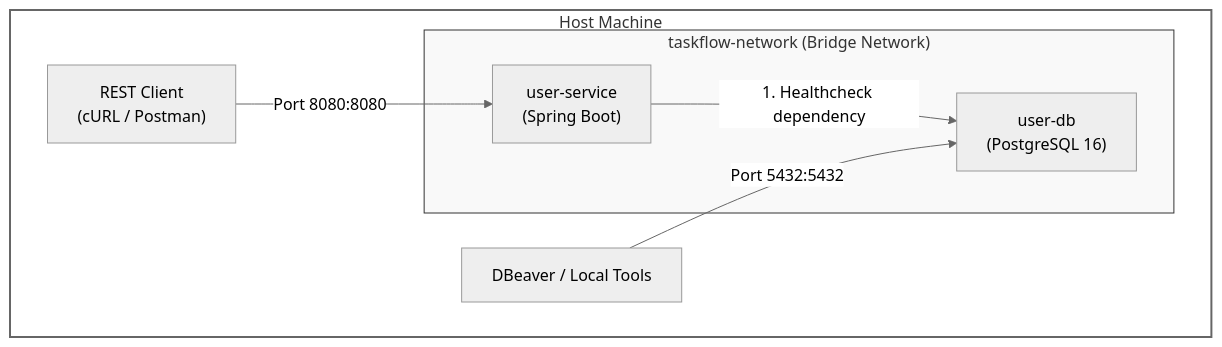
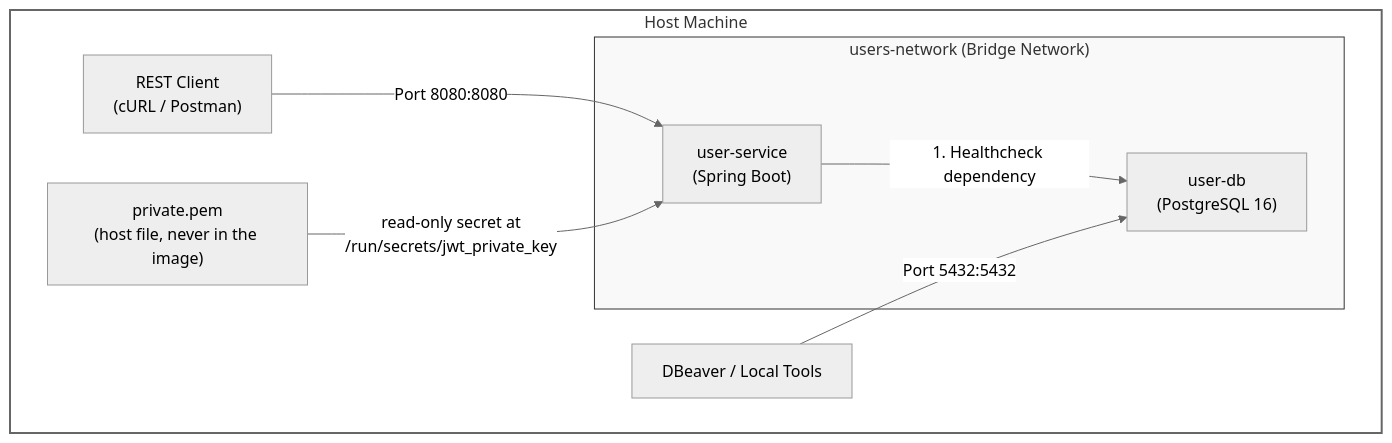
One commit to ensanguine2279/sctp-aie-m4-assignment-api-users changed the diagram in README-docker-compose.md. Above: the diagram before and after it, drawn with Mermaid (neutral theme). The commit also changed other lines of this file and 22 other files, not shown here.

````diff
--- a/README-docker-compose.md
+++ b/README-docker-compose.md
@@ -9,19 +9,21 @@
 ```mermaid
 graph TD
     subgraph Host ["Host Machine"]
-        subgraph Bridge ["taskflow-network (Bridge Network)"]
+        subgraph Bridge ["users-network (Bridge Network)"]
             DB["user-db<br/>(PostgreSQL 16)"]
             APP["user-service<br/>(Spring Boot)"]
         end
 
         DB_TOOL["DBeaver / Local Tools"]
         REST_TOOL["REST Client<br/>(cURL / Postman)"]
+        KEY["private.pem<br/>(host file, never in the image)"]
     end
 
     APP -- "1. Healthcheck dependency" --> DB
     DB_TOOL -- "Port 5432:5432" --> DB
     REST_TOOL -- "Port 8080:8080" --> APP
+    KEY -- "read-only secret at<br/>/run/secrets/jwt_private_key" --> APP
 
     style Bridge fill:#f9f9f9,stroke:#333,stroke-width:1px
     style Host fill:#ffffff,stroke:#666,stroke-width:2px
 ```
````
